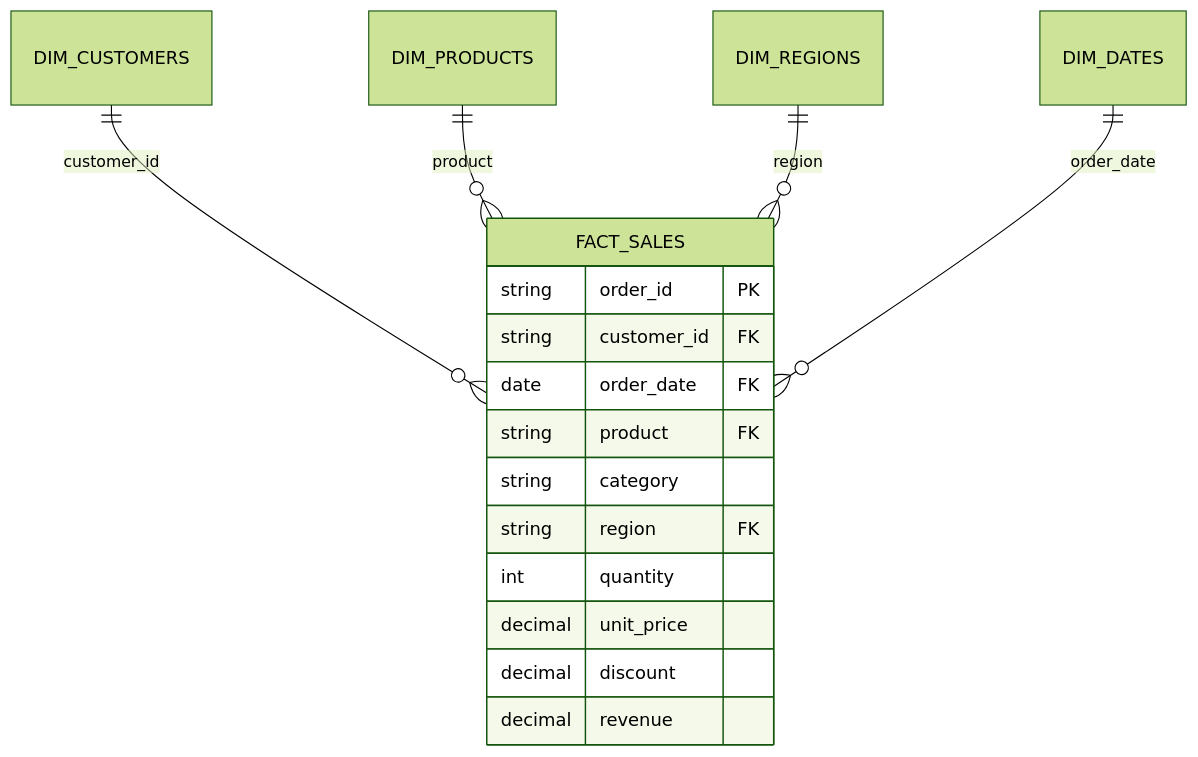
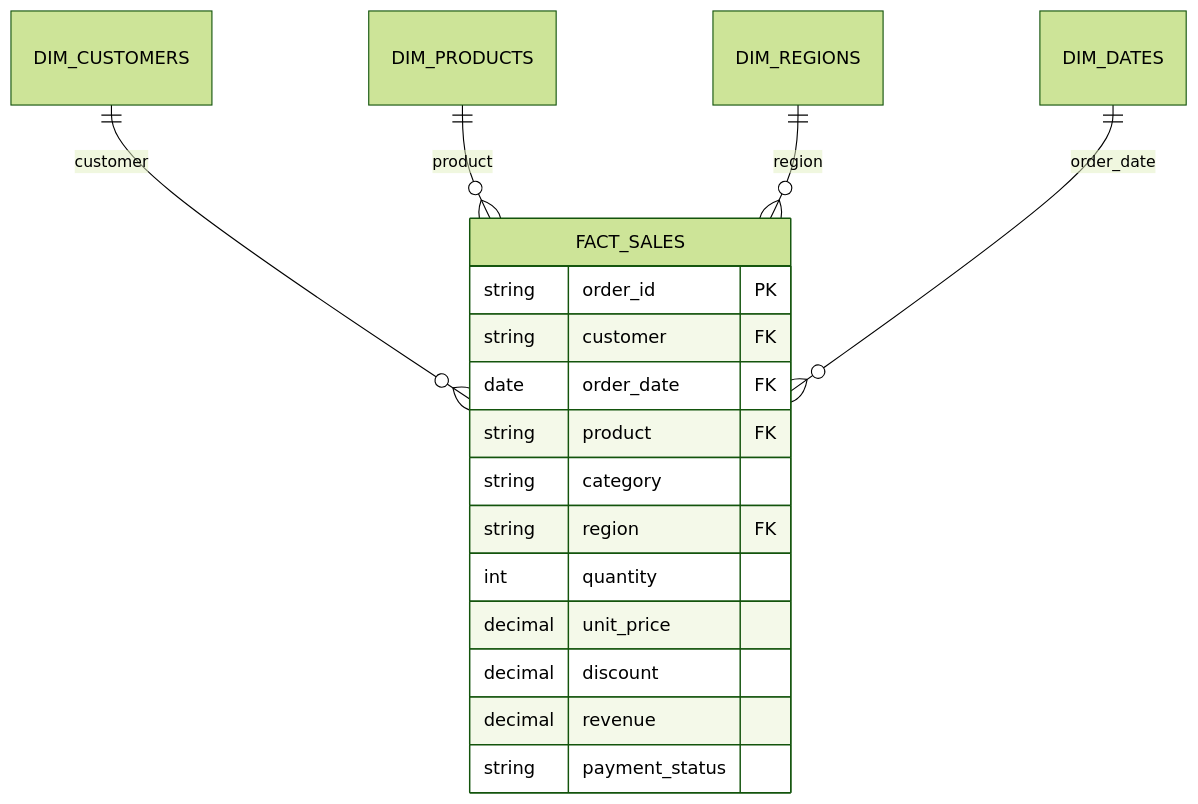
Before and after one commit to tamannaaa25/Ecommerce_Sales: the diagram in README.md, drawn with Mermaid (forest theme). The commit also changed other lines of this file and 12 other files, not shown here.

````diff
--- a/README.md
+++ b/README.md
@@ -30,20 +30,21 @@
 ```mermaid
 erDiagram
-    DIM_CUSTOMERS ||--o{ FACT_SALES : "customer_id"
+    DIM_CUSTOMERS ||--o{ FACT_SALES : "customer"
     DIM_PRODUCTS ||--o{ FACT_SALES : "product"
     DIM_REGIONS ||--o{ FACT_SALES : "region"
     DIM_DATES ||--o{ FACT_SALES : "order_date"
 
     FACT_SALES {
         string order_id PK
-        string customer_id FK
+        string customer FK
         date order_date FK
         string product FK
         string category
         string region FK
         int quantity
         decimal unit_price
         decimal discount
         decimal revenue
+        string payment_status
     }
 ```
````
